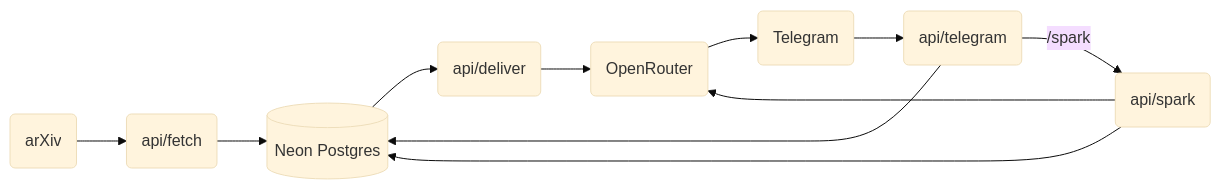
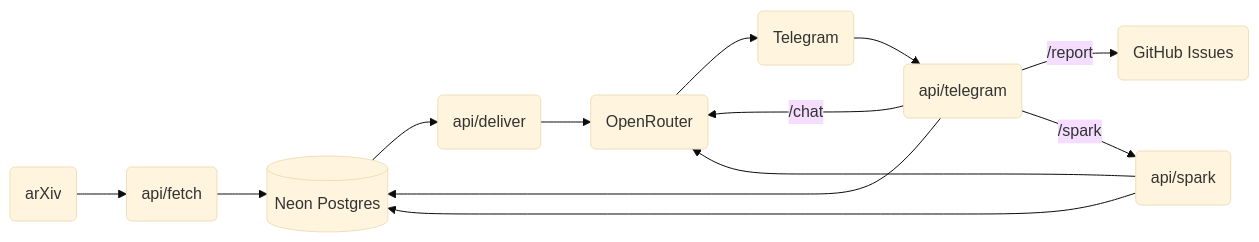
The diagram in README.md (AruneemB/axiom), drawn with Mermaid (base theme) before and after one commit. The commit also changed other lines of this file and 17 other files, not shown here.

First line of the commit message:
feat: add chat and GitHub integration (#15)

````diff
--- a/README.md
+++ b/README.md
@@ -51,13 +53,15 @@
 ```mermaid
 graph LR
     arXiv(arXiv) --> Fetch(api/fetch)
     Fetch --> DB[(Neon Postgres)]
     DB --> Deliver(api/deliver)
     Deliver --> LLM(OpenRouter)
     LLM --> Telegram(Telegram)
     Telegram --> Feedback(api/telegram)
     Feedback --> DB
+    Feedback -- "/chat" --> LLM
+    Feedback -- "/report" --> GitHub(GitHub Issues)
     Feedback -- "/spark" --> Spark(api/spark)
     Spark --> DB
     Spark --> LLM
 ```
````
